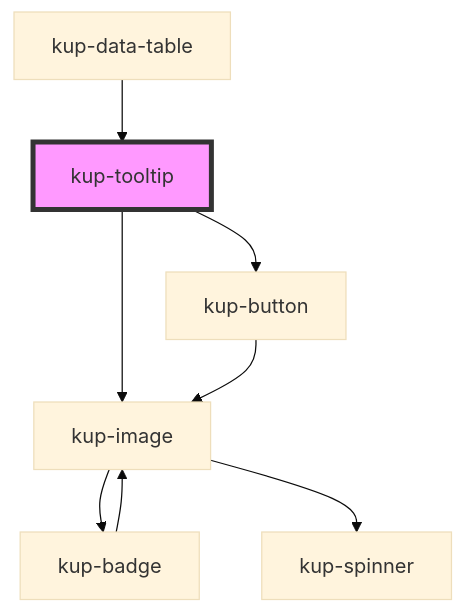
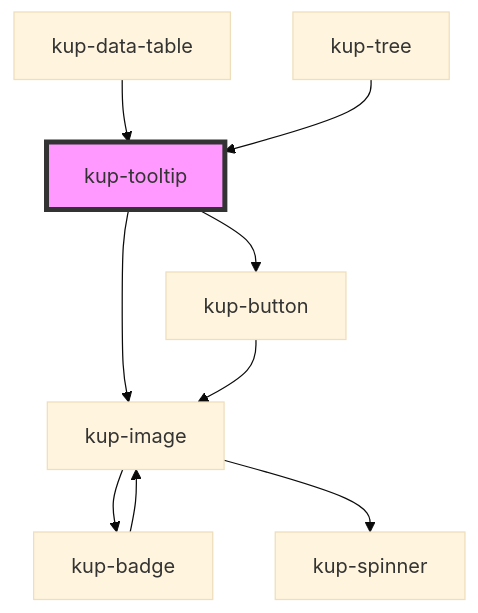
One commit to smeup/ketchup changed the diagram in packages/ketchup/src/components/kup-tooltip/readme.md. Above: the diagram before and after it, drawn with Mermaid (base theme). The commit also changed other lines of this file and 8 other files, not shown here.

Commit message:
managed filter on kup-tree and special tree nodes (image, button, checkbox, ecc.)

````diff
--- a/packages/ketchup/src/components/kup-tooltip/readme.md
+++ b/packages/ketchup/src/components/kup-tooltip/readme.md
@@ -41,11 +42,12 @@
 ```mermaid
 graph TD;
   kup-tooltip --> kup-button
   kup-tooltip --> kup-image
   kup-button --> kup-image
   kup-image --> kup-badge
   kup-image --> kup-spinner
   kup-badge --> kup-image
   kup-data-table --> kup-tooltip
+  kup-tree --> kup-tooltip
   style kup-tooltip fill:#f9f,stroke:#333,stroke-width:4px
 ```
````
